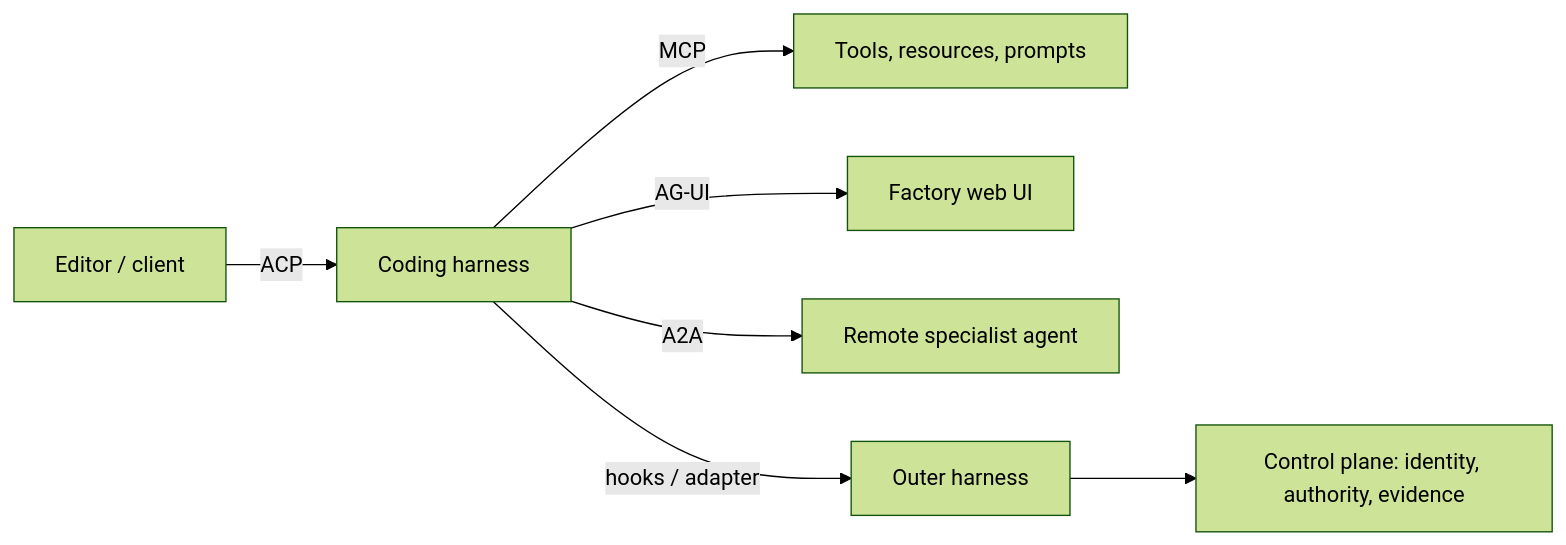
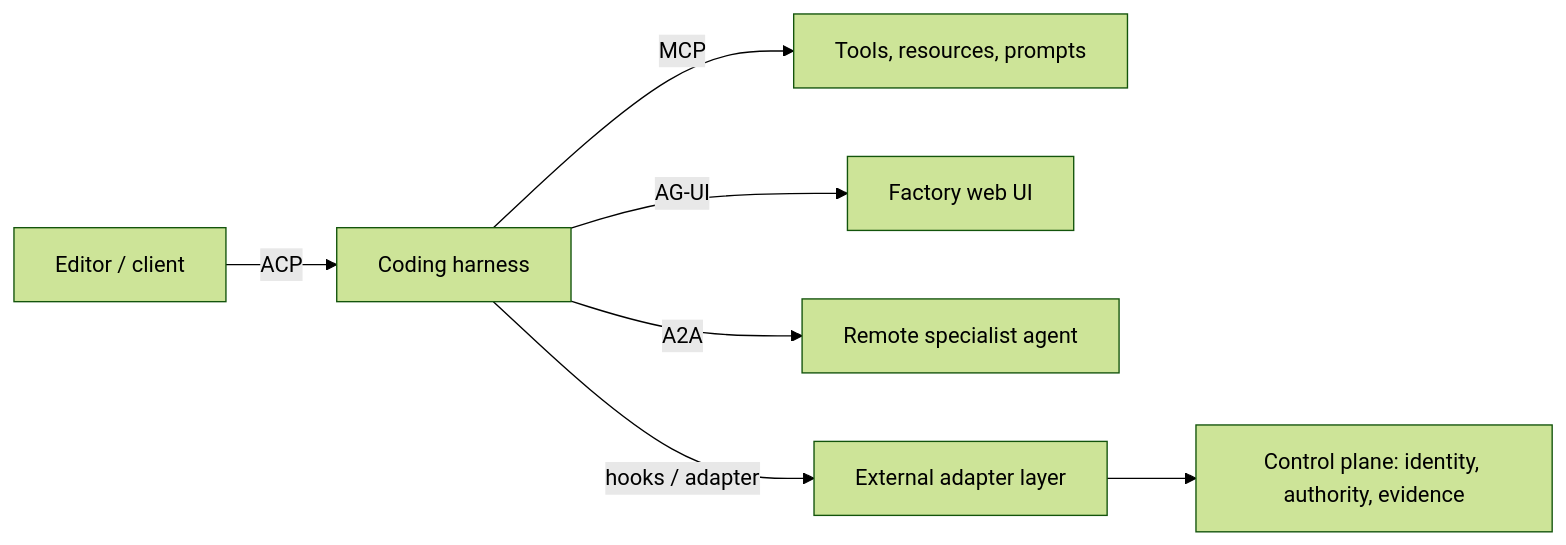
The fourth of 4 diagrams in guide/03-build/15-coding-harnesses-and-agent-protocols.md (jaydubya818/ai-software-factory-mastery), drawn with Mermaid (forest theme) before and after one commit. The commit also changed other lines of this file and 27 other files, not shown here.

````diff
--- a/guide/03-build/15-coding-harnesses-and-agent-protocols.md
+++ b/guide/03-build/15-coding-harnesses-and-agent-protocols.md
@@ -279,9 +274,9 @@
 ```mermaid
 flowchart LR
     Editor["Editor / client"] -->|"ACP"| Agent["Coding harness"]
     Agent -->|"MCP"| Tools["Tools, resources, prompts"]
     Agent -->|"AG-UI"| UI["Factory web UI"]
     Agent -->|"A2A"| Remote["Remote specialist agent"]
-    Agent -->|"hooks / adapter"| Outer["Outer harness"]
-    Outer --> CP["Control plane: identity, authority, evidence"]
+    Agent -->|"hooks / adapter"| Boundary["External adapter layer"]
+    Boundary --> CP["Control plane: identity, authority, evidence"]
 ```
````
